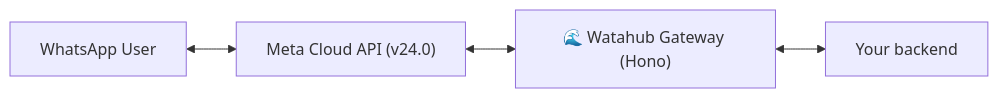
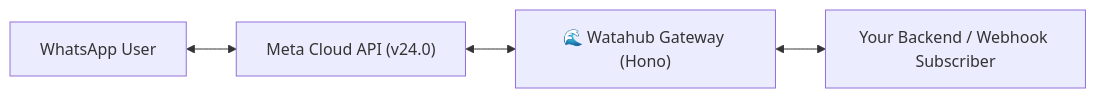
One commit to Hub-Ventures/watahub changed the diagram in README.md. Above: the diagram before and after it, drawn with Mermaid. The commit also changed other lines of this file and 1 other file, not shown here.

Commit message:
docs(architecture): clarify single-operator bridge vs multi-tenant hub roadmap (#29) (#34)

````diff
--- a/README.md
+++ b/README.md
@@ -30,6 +39,6 @@
 ```mermaid
 flowchart LR
     User["WhatsApp User"] <--> Meta["Meta Cloud API (v24.0)"]
     Meta <--> Watahub["🌊 Watahub Gateway (Hono)"]
-    Watahub <--> Backend["Your backend"]
+    Watahub <--> Backend["Your Backend / Webhook Subscriber"]
 ```
````
